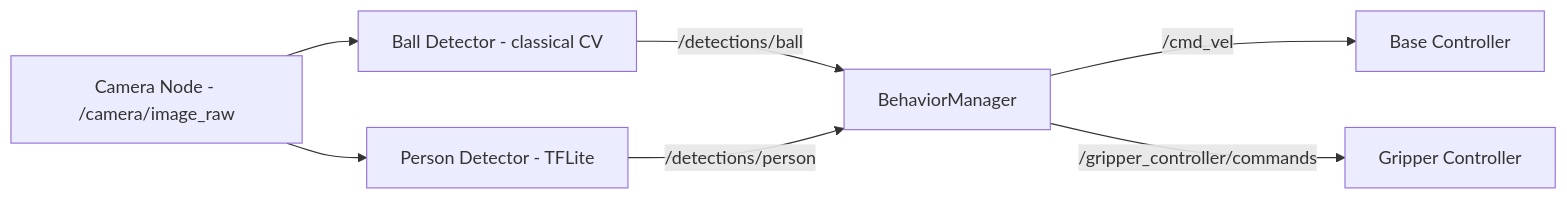
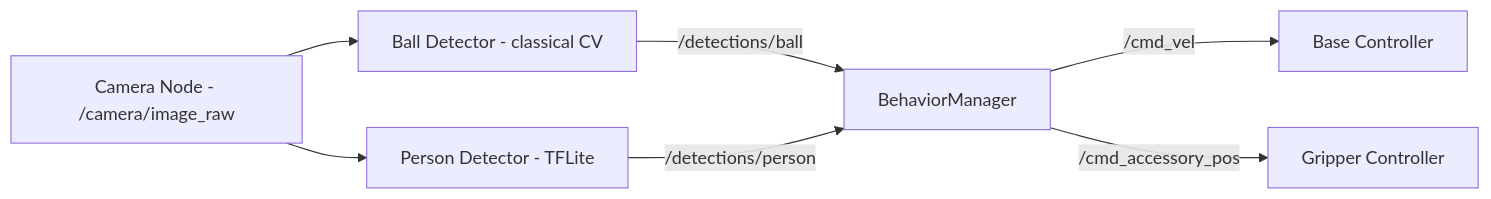
Before and after one commit to Fortuz/mecanumbot_camera: the first of 5 diagrams in README.MD, drawn with Mermaid. The commit also changed other lines of this file and 1 other file, not shown here.

````diff
--- a/README.MD
+++ b/README.MD
@@ -104,22 +104,22 @@
 ```mermaid
 flowchart LR
 
     cam[Camera Node - /camera/image_raw]
 
     detBall[Ball Detector - classical CV]
     detPerson[Person Detector - TFLite]
 
     behavior[BehaviorManager]
     cmd[Base Controller]
     grip[Gripper Controller]
 
     cam --> detBall
     cam --> detPerson
 
     detBall -->|/detections/ball| behavior
     detPerson -->|/detections/person| behavior
 
     behavior -->|/cmd_vel| cmd
-    behavior -->|/gripper_controller/commands| grip
+    behavior -->|/cmd_accessory_pos| grip
 
 ```
````
